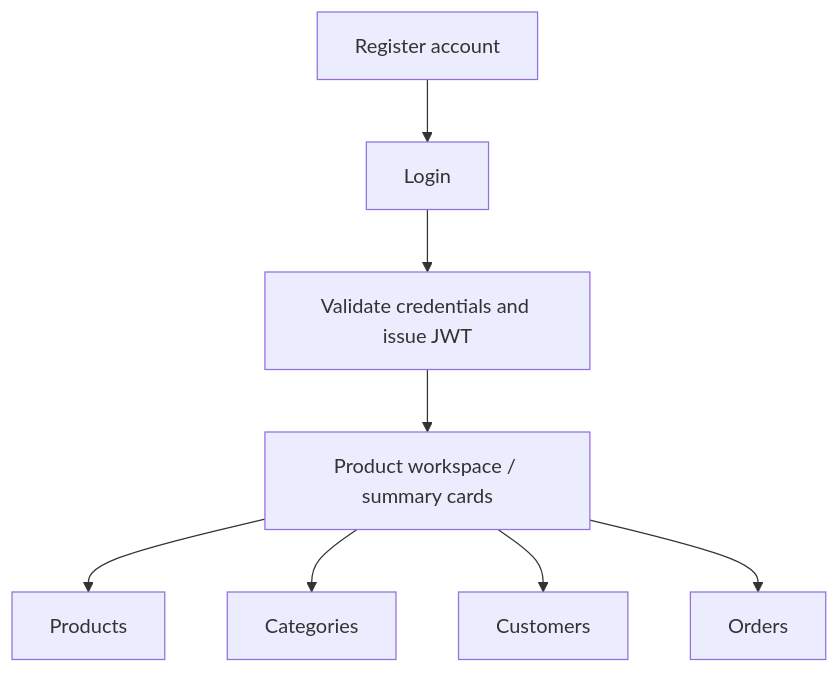
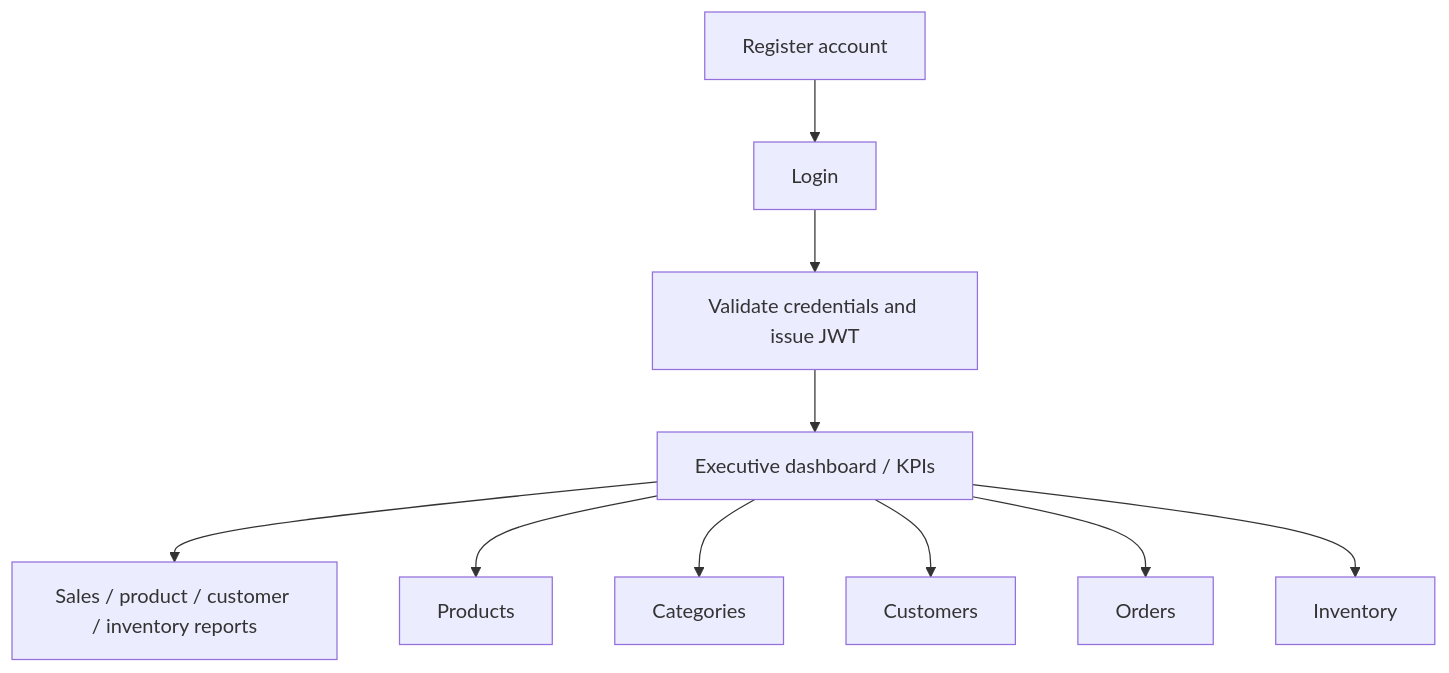
The third of 4 diagrams in README.md (SCanerG/DemoErp), drawn with Mermaid before and after one commit. The commit also changed other lines of this file and 156 other files, not shown here.

````diff
--- a/README.md
+++ b/README.md
@@ -131,10 +237,12 @@
 ```mermaid
 flowchart TD
   Register[Register account] --> Login[Login]
   Login --> Auth[Validate credentials and issue JWT]
-  Auth --> Workspace[Product workspace / summary cards]
+  Auth --> Workspace[Executive dashboard / KPIs]
+  Workspace --> Reports[Sales / product / customer / inventory reports]
   Workspace --> Products[Products]
   Workspace --> Categories[Categories]
   Workspace --> Customers[Customers]
   Workspace --> Orders[Orders]
+  Workspace --> Inventory[Inventory]
 ```
````
